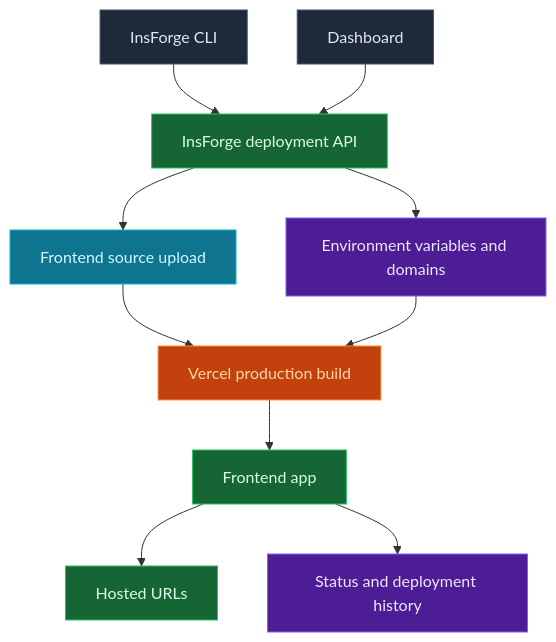
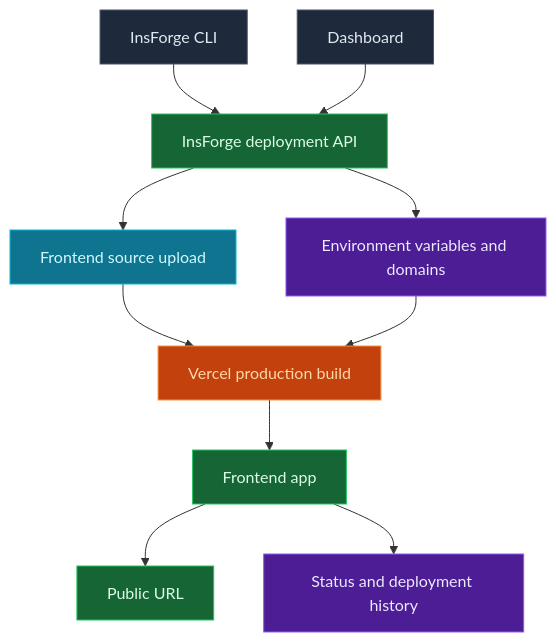
Before and after one commit to InsForge/InsForge: the diagram in docs/core-concepts/deployments/overview.mdx, drawn with Mermaid.

Commit message:
Rename deployments public URL node

````diff
--- a/docs/core-concepts/deployments/overview.mdx
+++ b/docs/core-concepts/deployments/overview.mdx
@@ -17,25 +17,25 @@
 ```mermaid
 flowchart TB
     CLI[InsForge CLI] --> API[InsForge deployment API]
     Dashboard[Dashboard] --> API
 
     API --> Source[Frontend source upload]
     API --> Config[Environment variables and domains]
 
     Source --> Vercel[Vercel production build]
     Config --> Vercel
 
     Vercel --> App[Frontend app]
-    App --> URL[Hosted URLs]
+    App --> URL[Public URL]
     App --> Status[Status and deployment history]
 
     style CLI fill:#1e293b,stroke:#475569,color:#e2e8f0
     style Dashboard fill:#1e293b,stroke:#475569,color:#e2e8f0
     style API fill:#166534,stroke:#22c55e,color:#dcfce7
     style Source fill:#0e7490,stroke:#06b6d4,color:#cffafe
     style Config fill:#4c1d95,stroke:#8b5cf6,color:#ede9fe
     style Vercel fill:#c2410c,stroke:#fb923c,color:#fed7aa
     style App fill:#166534,stroke:#22c55e,color:#dcfce7
     style URL fill:#166534,stroke:#22c55e,color:#dcfce7
     style Status fill:#4c1d95,stroke:#8b5cf6,color:#ede9fe
 ```
````
